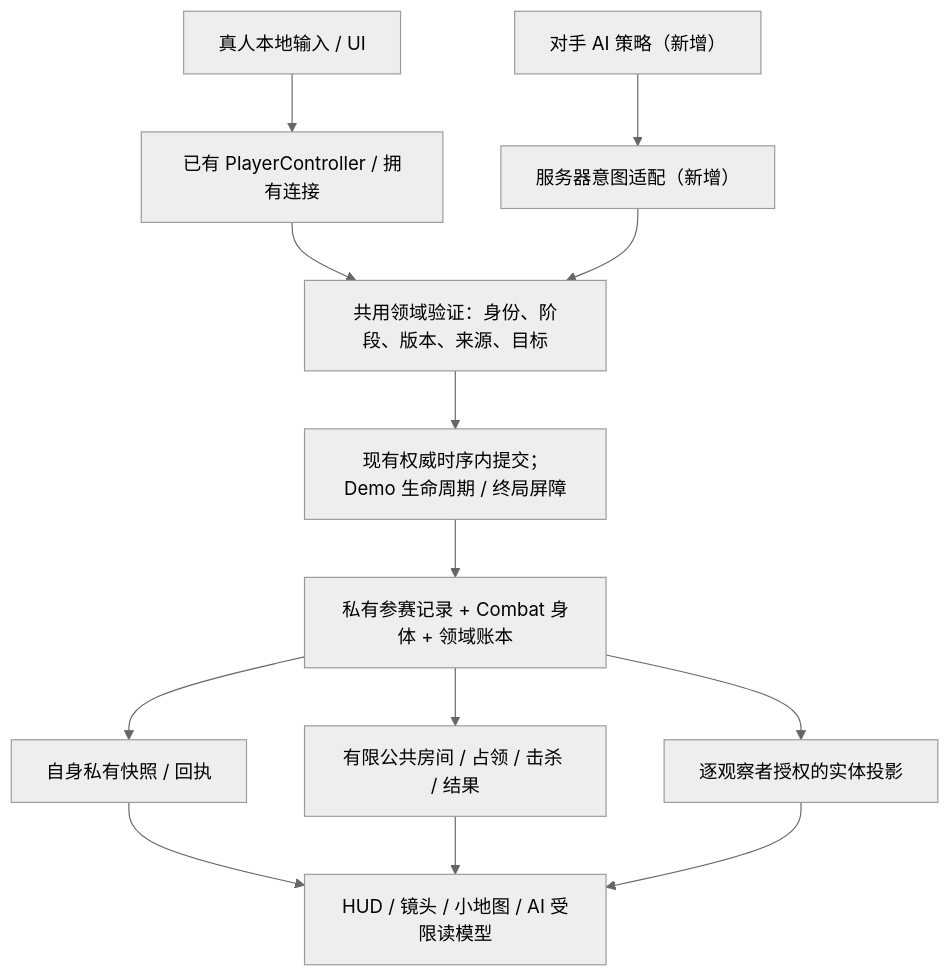
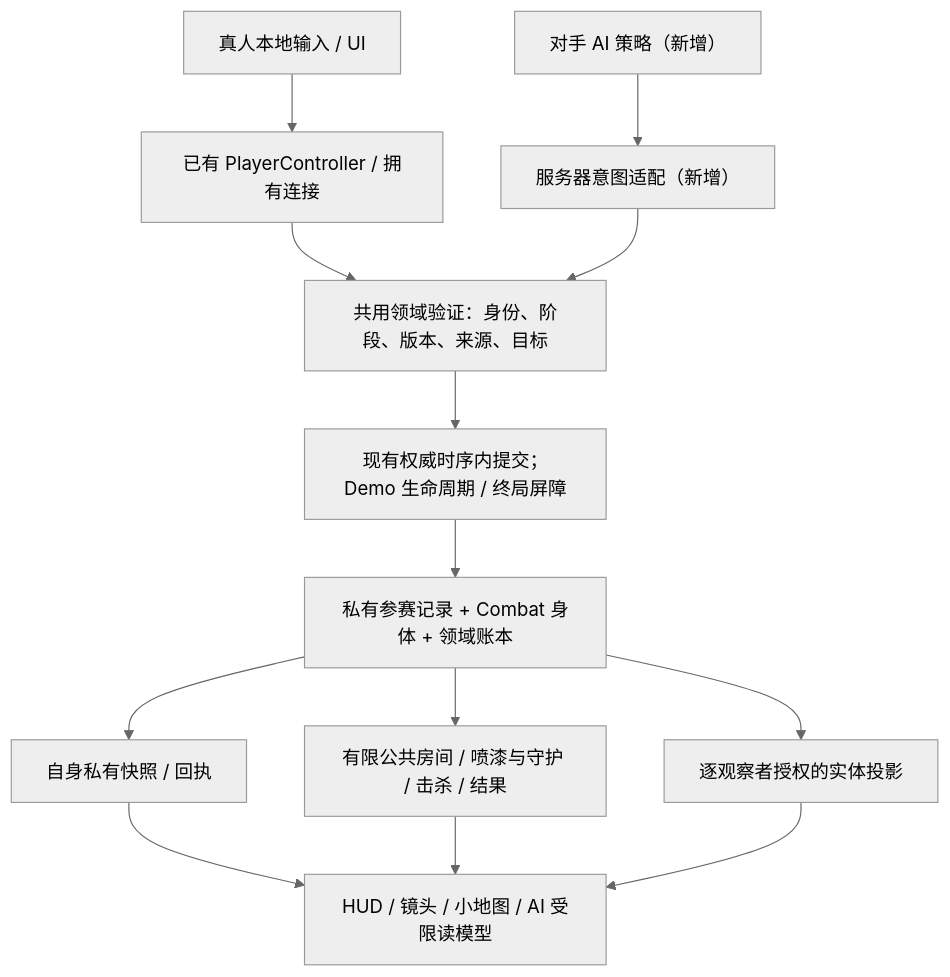
One commit to rlsn/Lockdown-alpha changed the diagram in docs/demo/ARCHITECTURE.md. Above: the diagram before and after it, drawn with Mermaid (neutral theme). The commit also changed other lines of this file and 64 other files, not shown here.

````diff
--- a/docs/demo/ARCHITECTURE.md
+++ b/docs/demo/ARCHITECTURE.md
@@ -178,15 +178,15 @@
 ```mermaid
 flowchart TD
     H["真人本地输入 / UI"] --> P["已有 PlayerController / 拥有连接"]
     A["对手 AI 策略（新增）"] --> I["服务器意图适配（新增）"]
     P --> V["共用领域验证：身份、阶段、版本、来源、目标"]
     I --> V
     V --> S["现有权威时序内提交；Demo 生命周期 / 终局屏障"]
     S --> D["私有参赛记录 + Combat 身体 + 领域账本"]
     D --> O["自身私有快照 / 回执"]
-    D --> G["有限公共房间 / 占领 / 击杀 / 结果"]
+    D --> G["有限公共房间 / 喷漆与守护 / 击杀 / 结果"]
     D --> E["逐观察者授权的实体投影"]
     O --> R["HUD / 镜头 / 小地图 / AI 受限读模型"]
     G --> R
     E --> R
 ```
````
